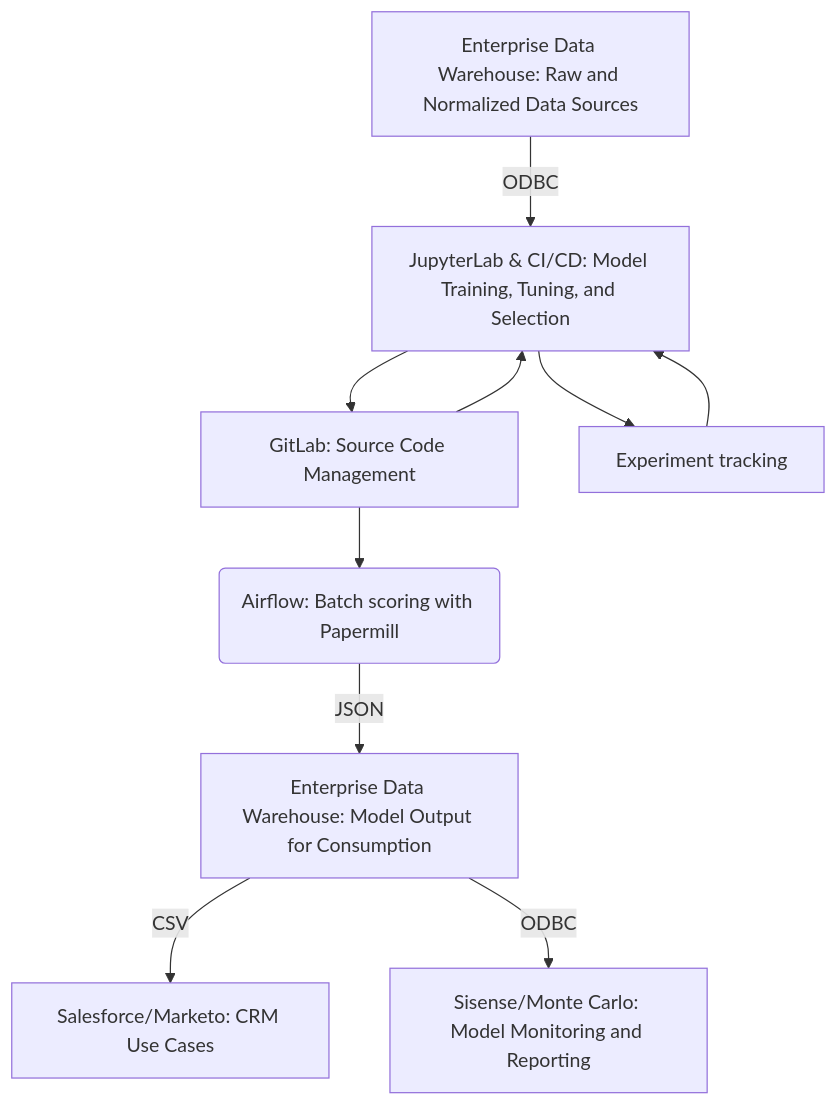
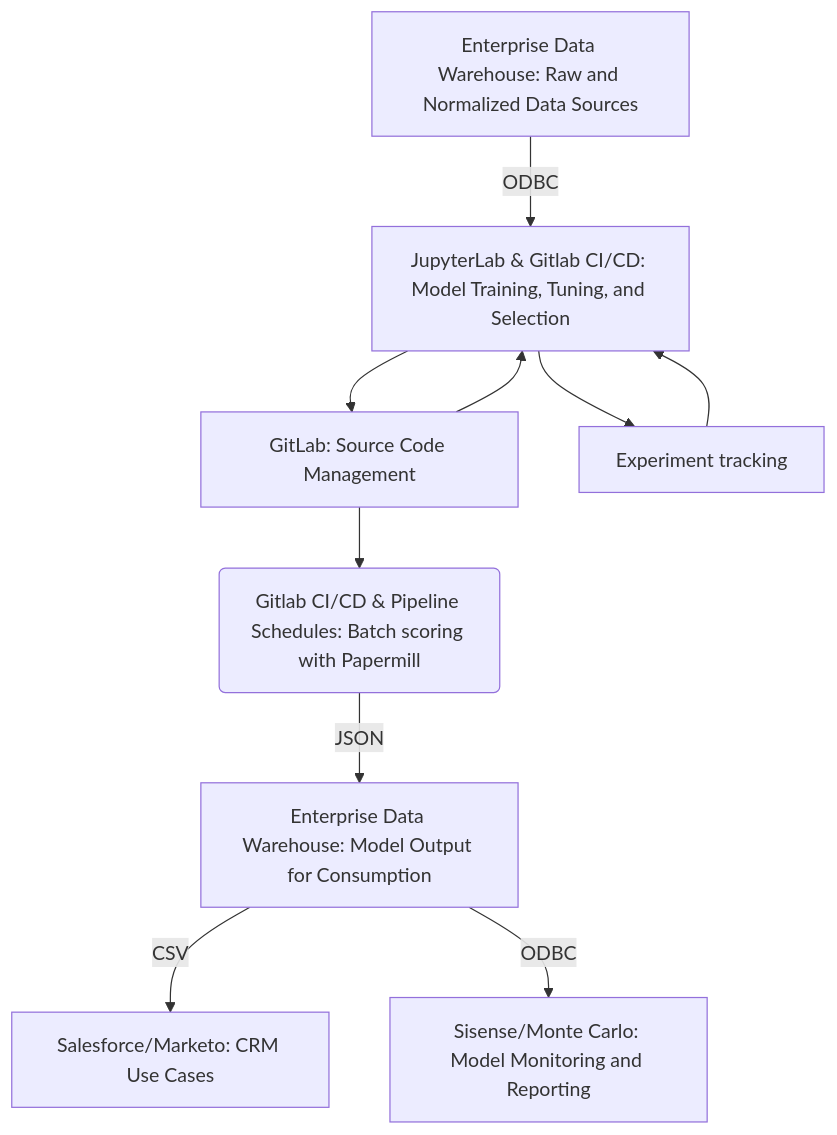
The second of 2 diagrams in content/handbook/business-technology/data-team/organization/data-science/_index.md (secretstartups/handbook), drawn with Mermaid before and after one commit.

Commit message:
update arch

````diff
--- a/content/handbook/business-technology/data-team/organization/data-science/_index.md
+++ b/content/handbook/business-technology/data-team/organization/data-science/_index.md
@@ -257,20 +257,20 @@
 ```mermaid
 graph 
     A[Enterprise Data Warehouse: Raw and Normalized Data Sources]
-    B[JupyterLab & CI/CD: Model Training, Tuning, and Selection]
-    C(Airflow: Batch scoring with Papermill)
+    B[JupyterLab & Gitlab CI/CD: Model Training, Tuning, and Selection]
+    C(Gitlab CI/CD & Pipeline Schedules: Batch scoring with Papermill)
     F[Enterprise Data Warehouse: Model Output for Consumption]
     D[Salesforce/Marketo: CRM Use Cases]
     E[Sisense/Monte Carlo: Model Monitoring and Reporting]
     G[GitLab: Source Code Management]
     H[Experiment tracking]
     A --> |ODBC| B
     B --> H
     H --> B
     B --> G
     G --> B
     G --> C
     C --> |JSON| F
     F --> |CSV| D
     F --> |ODBC| E
 ```
````
